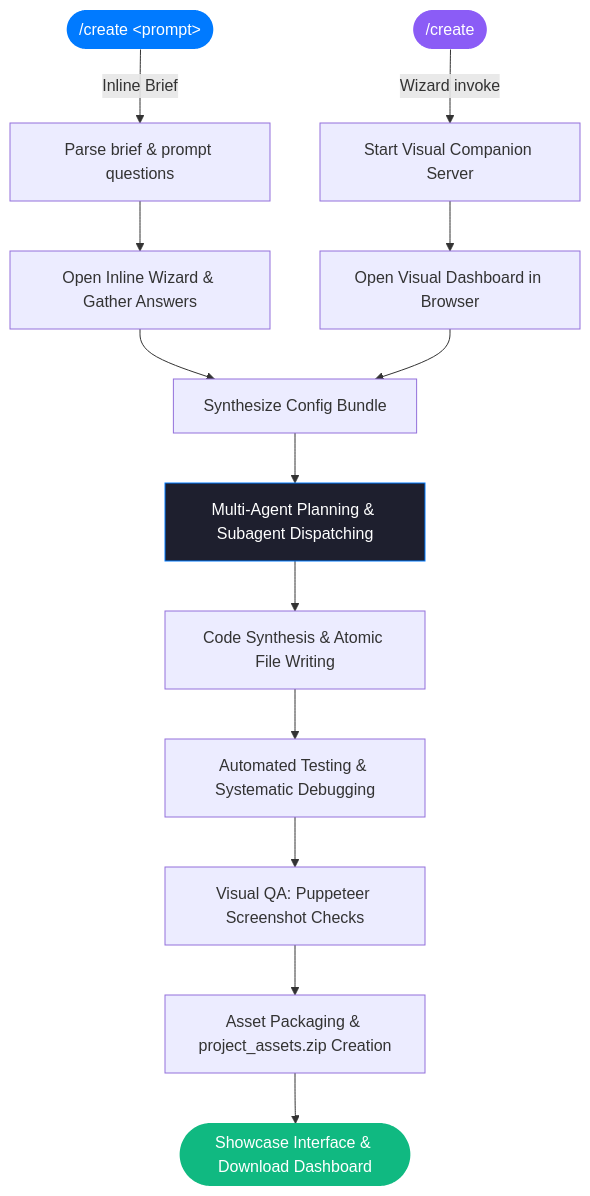
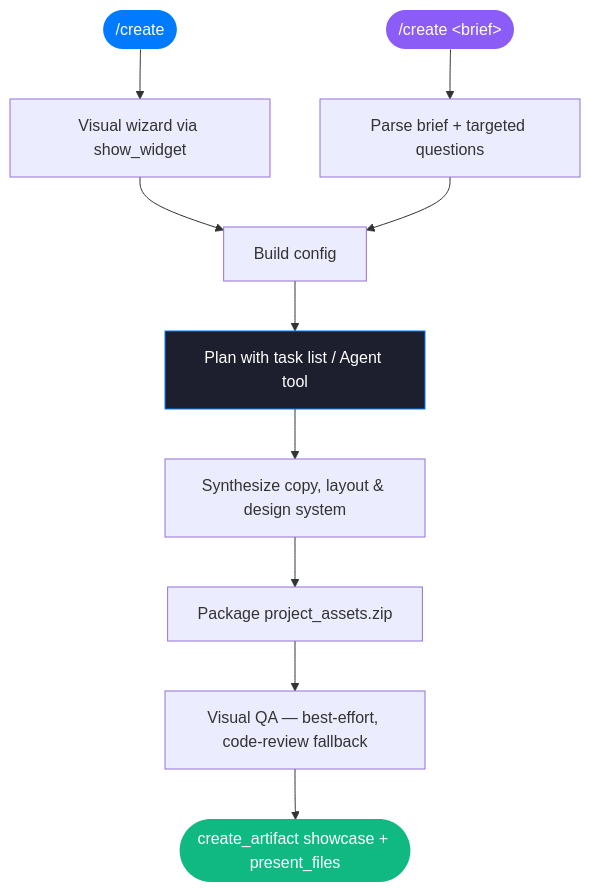
Before and after one commit to freyathenaa/create-skill: the diagram in README.md, drawn with Mermaid. The commit also changed other lines of this file and 1 other file, not shown here.

````diff
--- a/README.md
+++ b/README.md
@@ -51,23 +64,17 @@
 ```mermaid
 flowchart TD
-    A(["/create &lt;prompt&gt;"]) -->|Inline Brief| B[Parse brief & prompt questions]
-    A2(["/create"]) -->|Wizard invoke| C[Start Visual Companion Server]
-
-    B --> D[Open Inline Wizard & Gather Answers]
-    C --> E[Open Visual Dashboard in Browser]
-
-    D --> F[Synthesize Config Bundle]
-    E --> F
-
-    F --> G[Multi-Agent Planning & Subagent Dispatching]
-    G --> H[Code Synthesis & Atomic File Writing]
-    H --> I[Automated Testing & Systematic Debugging]
-    I --> J[Visual QA: Puppeteer Screenshot Checks]
-    J --> K[Asset Packaging & project_assets.zip Creation]
-    K --> L([Showcase Interface & Download Dashboard])
+    A(["/create"]) --> B[Visual wizard via show_widget]
+    A2(["/create &lt;brief&gt;"]) --> C[Parse brief + targeted questions]
+    B --> F[Build config]
+    C --> F
+    F --> G[Plan with task list / Agent tool]
+    G --> H[Synthesize copy, layout & design system]
+    H --> I[Package project_assets.zip]
+    I --> J[Visual QA — best-effort, code-review fallback]
+    J --> K([create_artifact showcase + present_files])
 
     style A fill:#007AFF,color:#fff,stroke:none
     style A2 fill:#8B5CF6,color:#fff,stroke:none
-    style L fill:#10B981,color:#fff,stroke:none
+    style K fill:#10B981,color:#fff,stroke:none
     style G fill:#1e1f2e,color:#fff,stroke:#007AFF
 ```
````
